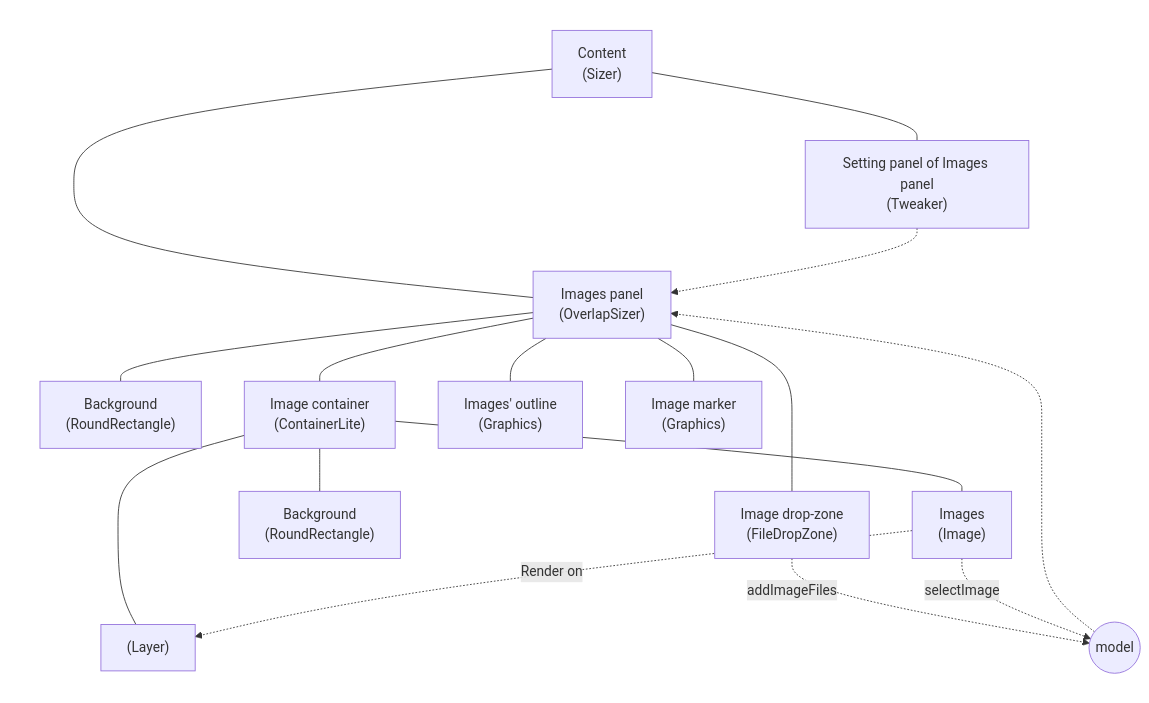
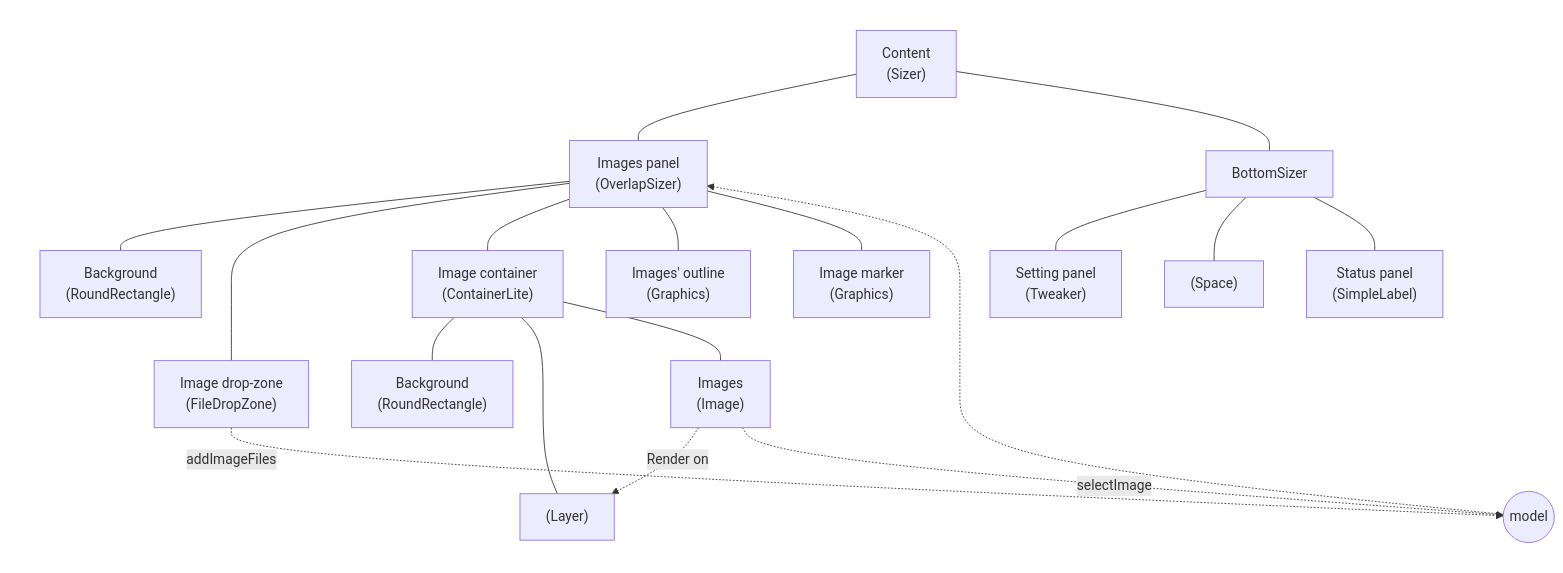
One commit to rexrainbow/phaser3-rex-playground changed the fourth of 4 diagrams in projects/atlas-packer/readme.md. Above: the diagram before and after it, drawn with Mermaid. The commit also changed other lines of this file and 7 other files, not shown here.

Commit message:
Add status panel

````diff
--- a/projects/atlas-packer/readme.md
+++ b/projects/atlas-packer/readme.md
@@ -82,31 +82,33 @@
 ```mermaid
 graph TD
 
 subgraph ui
   ContentPanel["Content<br>(Sizer)"]
   ContentPanel --- ImagesPanel["Images panel<br>(OverlapSizer)"]
   ImagesPanel --- ImagesPanelBackground["Background<br>(RoundRectangle)"]
   ImagesPanel --- ImageDropZone["Image drop-zone<br>(FileDropZone)"]
   ImagesPanel --- ImageContainer["Image container<br>(ContainerLite)"]
   ImagesPanel --- ImagesOutline["Images' outline<br>(Graphics)"]
   ImagesPanel --- ImageMarker["Image marker<br>(Graphics)"]
 
   ImageContainer --- ImageContainerBackground["Background<br>(RoundRectangle)"]
   ImageContainer --- Layer
   ImageContainer --- Images["Images<br>(Image)"]
   Images -.-> |Render on| Layer["(Layer)"]
 
-  ContentPanel --- ImagesPanelSettingPanel["Setting panel of Images panel<br>(Tweaker)"] 
-  ImagesPanelSettingPanel -.-> ImagesPanel
+  ContentPanel --- BottomSizer
+  BottomSizer --- ImagesPanelSettingPanel["Setting panel<br>(Tweaker)"]
+  BottomSizer --- Space0["(Space)"]
+  BottomSizer --- StatusPanel["Status panel<br>(SimpleLabel)"]
 end
 
 style ui color:transparent
 style ui fill:transparent
 style ui stroke:transparent
 
 
 model((model))
 ImageDropZone -.-> |addImageFiles| model
 model -.-> ImagesPanel
 Images -.-> |selectImage| model
 ```
````
